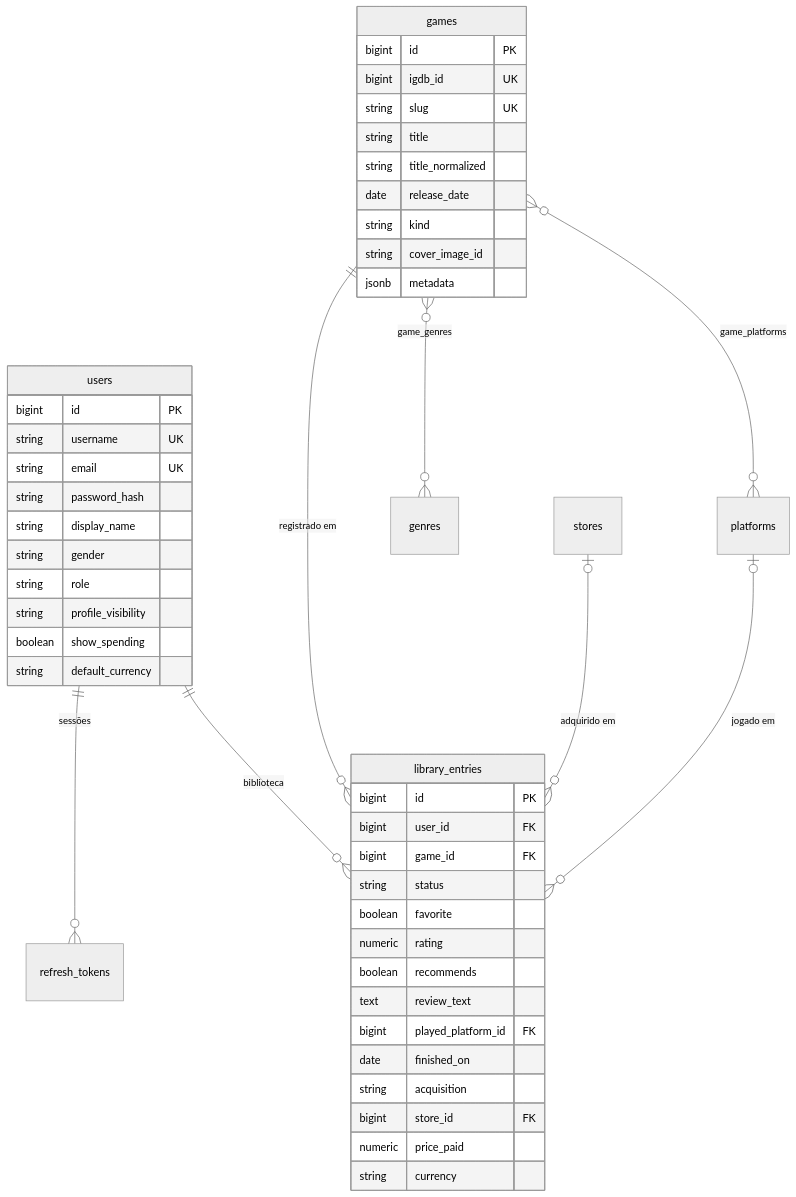
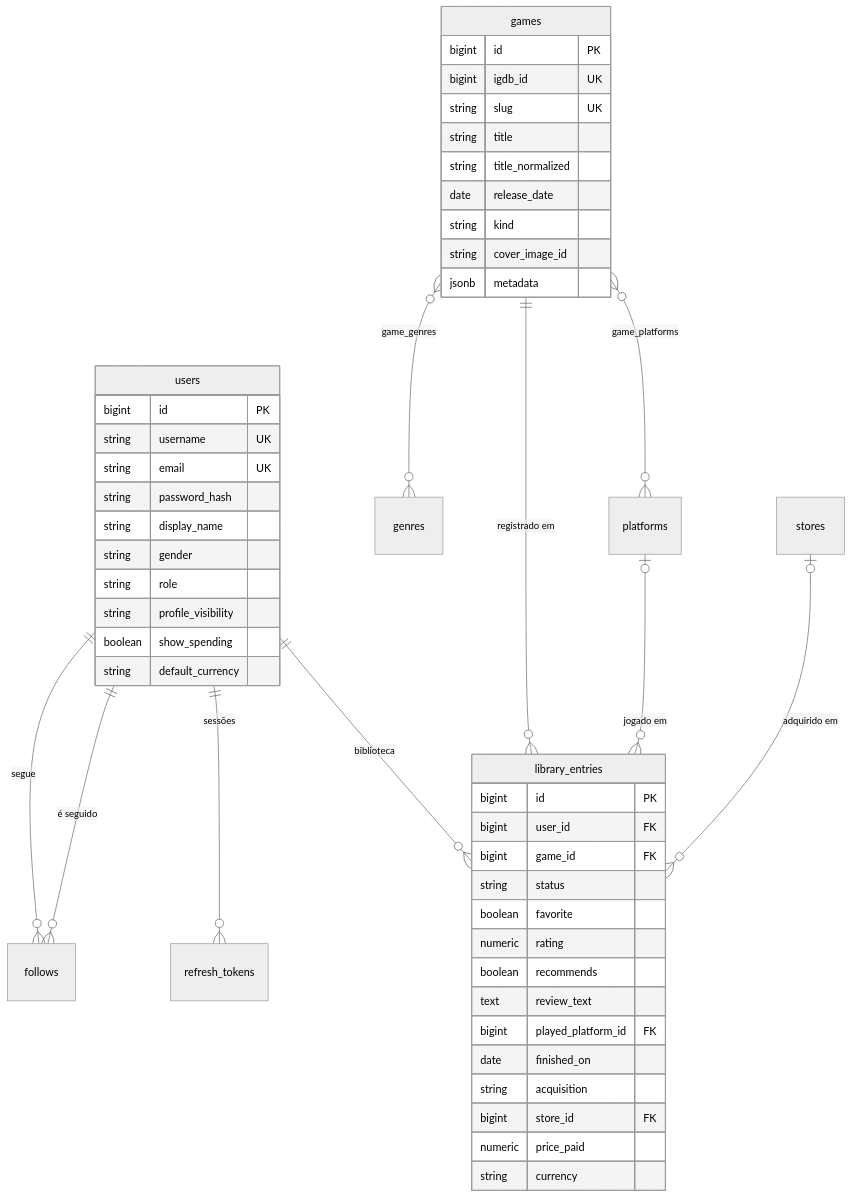
Before and after one commit to kauanunnes/game-log-backend: the diagram in docs/03-modelo-de-dados.md, drawn with Mermaid (neutral theme). The commit also changed other lines of this file and 6 other files, not shown here.

````diff
--- a/docs/03-modelo-de-dados.md
+++ b/docs/03-modelo-de-dados.md
@@ -7,50 +7,52 @@
 ```mermaid
 erDiagram
     users ||--o{ refresh_tokens : "sessões"
     users ||--o{ library_entries : "biblioteca"
+    users ||--o{ follows : "segue"
+    users ||--o{ follows : "é seguido"
     games ||--o{ library_entries : "registrado em"
     games }o--o{ genres : "game_genres"
     games }o--o{ platforms : "game_platforms"
     platforms |o--o{ library_entries : "jogado em"
     stores |o--o{ library_entries : "adquirido em"
 
     users {
         bigint id PK
         string username UK
         string email UK
         string password_hash
         string display_name
         string gender
         string role
         string profile_visibility
         boolean show_spending
         string default_currency
     }
     games {
         bigint id PK
         bigint igdb_id UK
         string slug UK
         string title
         string title_normalized
         date release_date
         string kind
         string cover_image_id
         jsonb metadata
     }
     library_entries {
         bigint id PK
         bigint user_id FK
         bigint game_id FK
         string status
         boolean favorite
         numeric rating
         boolean recommends
         text review_text
         bigint played_platform_id FK
         date finished_on
         string acquisition
         bigint store_id FK
         numeric price_paid
         string currency
     }
 ```
````
